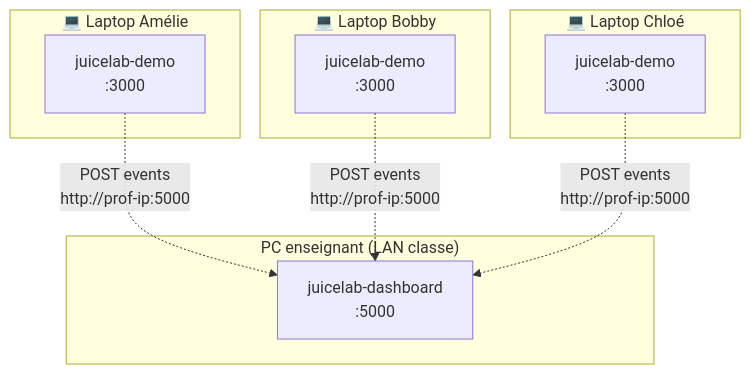
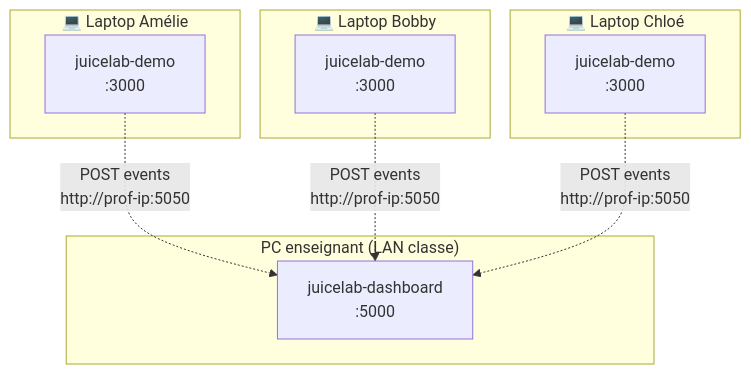
The fifth of 5 diagrams in docs/CLASSROOM-DEPLOYMENT.md (mo0ogly/juicelab), drawn with Mermaid before and after one commit. The commit also changed other lines of this file and 2 other files, not shown here.

First line of the commit message:
feat(deploy): install-student.sh scenario 4 (prof consolide / eleves leur poste)

````diff
--- a/docs/CLASSROOM-DEPLOYMENT.md
+++ b/docs/CLASSROOM-DEPLOYMENT.md
@@ -432,22 +432,22 @@
 ```mermaid
 flowchart TB
     subgraph profServer["PC enseignant (LAN classe)"]
         D[juicelab-dashboard<br/>:5000]
     end
 
     subgraph student1["💻 Laptop Amélie"]
         J1[juicelab-demo<br/>:3000]
     end
 
     subgraph student2["💻 Laptop Bobby"]
         J2[juicelab-demo<br/>:3000]
     end
 
     subgraph student3["💻 Laptop Chloé"]
         J3[juicelab-demo<br/>:3000]
     end
 
-    J1 -. POST events<br/>http://prof-ip:5000 .-> D
-    J2 -. POST events<br/>http://prof-ip:5000 .-> D
-    J3 -. POST events<br/>http://prof-ip:5000 .-> D
+    J1 -. POST events<br/>http://prof-ip:5050 .-> D
+    J2 -. POST events<br/>http://prof-ip:5050 .-> D
+    J3 -. POST events<br/>http://prof-ip:5050 .-> D
 ```
````
